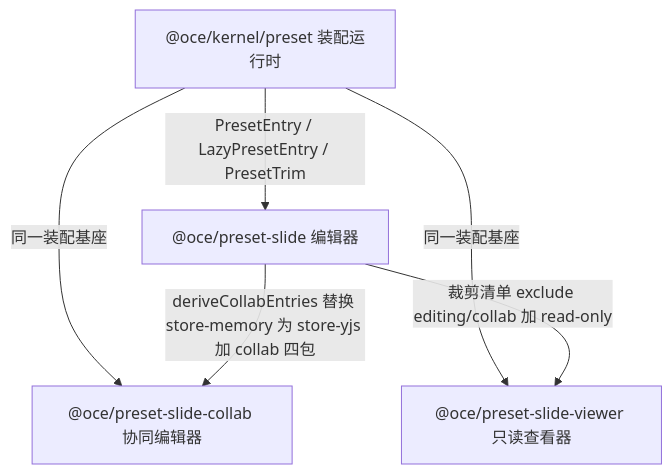
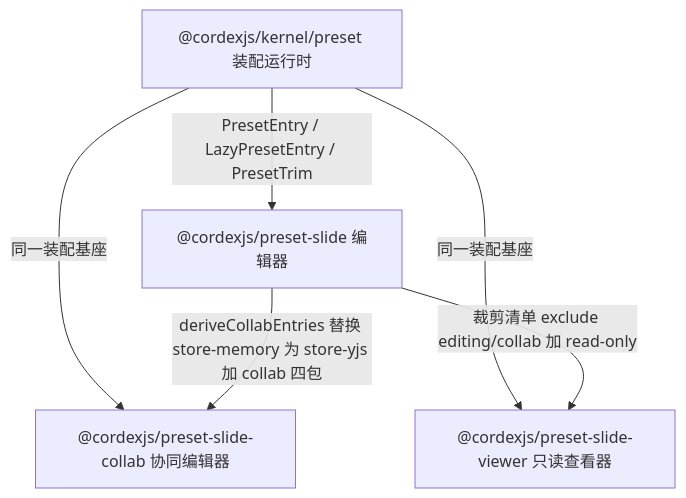
The second of 5 diagrams in docs/40-modules/11-preset-assembly-and-app-shell.md (Xeonice/cordis-ppt-editor), drawn with Mermaid before and after one commit. The commit also changed other lines of this file and 23 other files, not shown here.

````diff
--- a/docs/40-modules/11-preset-assembly-and-app-shell.md
+++ b/docs/40-modules/11-preset-assembly-and-app-shell.md
@@ -116,12 +116,12 @@
 ```mermaid
 flowchart TB
-kernelPreset["@oce/kernel/preset 装配运行时"]
-presetSlide["@oce/preset-slide 编辑器"]
-presetCollab["@oce/preset-slide-collab 协同编辑器"]
-presetViewer["@oce/preset-slide-viewer 只读查看器"]
+kernelPreset["@cordexjs/kernel/preset 装配运行时"]
+presetSlide["@cordexjs/preset-slide 编辑器"]
+presetCollab["@cordexjs/preset-slide-collab 协同编辑器"]
+presetViewer["@cordexjs/preset-slide-viewer 只读查看器"]
 kernelPreset -- "PresetEntry / LazyPresetEntry / PresetTrim" --> presetSlide
 kernelPreset -- "同一装配基座" --> presetCollab
 kernelPreset -- "同一装配基座" --> presetViewer
 presetSlide -- "deriveCollabEntries 替换 store-memory 为 store-yjs 加 collab 四包" --> presetCollab
 presetSlide -- "裁剪清单 exclude editing/collab 加 read-only" --> presetViewer
 ```
````
